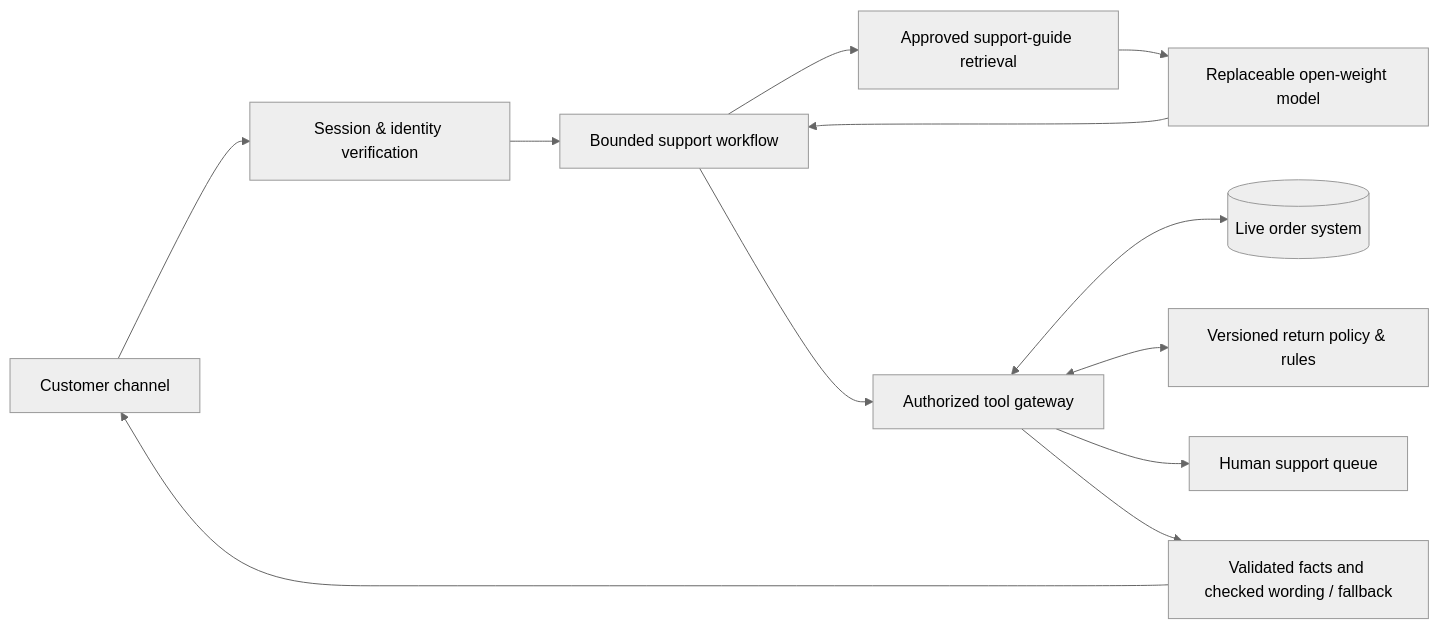
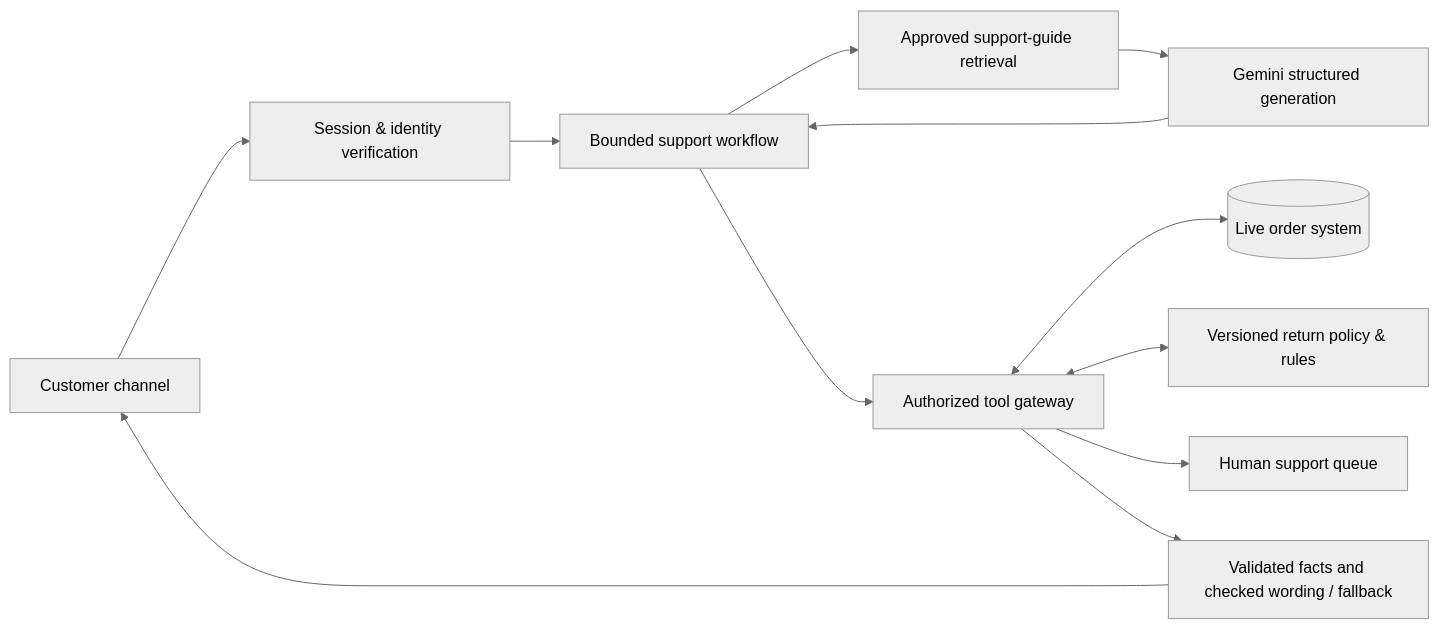
Before and after one commit to presish1/aim-retail-support: the diagram in README.md, drawn with Mermaid (neutral theme). The commit also changed other lines of this file and 37 other files, not shown here.

````diff
--- a/README.md
+++ b/README.md
@@ -99,14 +100,14 @@
 ```mermaid
 flowchart LR
     C[Customer channel] --> S[Session & identity verification]
     S --> W[Bounded support workflow]
     W --> K[Approved support-guide retrieval]
-    K --> M[Replaceable open-weight model]
+    K --> M[Gemini structured generation]
     M --> W
     W --> T[Authorized tool gateway]
     T <--> O[(Live order system)]
     T <--> P[Versioned return policy & rules]
     T --> H[Human support queue]
     T --> F[Validated facts and checked wording / fallback]
     F --> C
 ```
````
